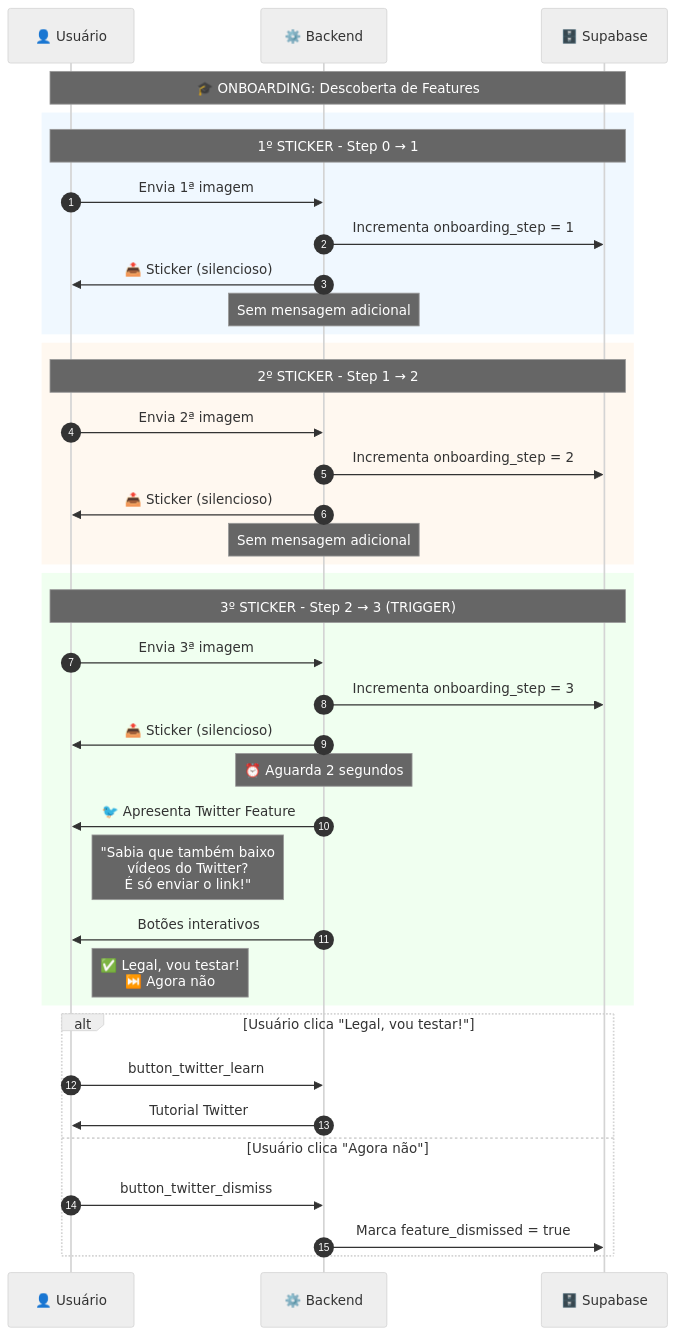
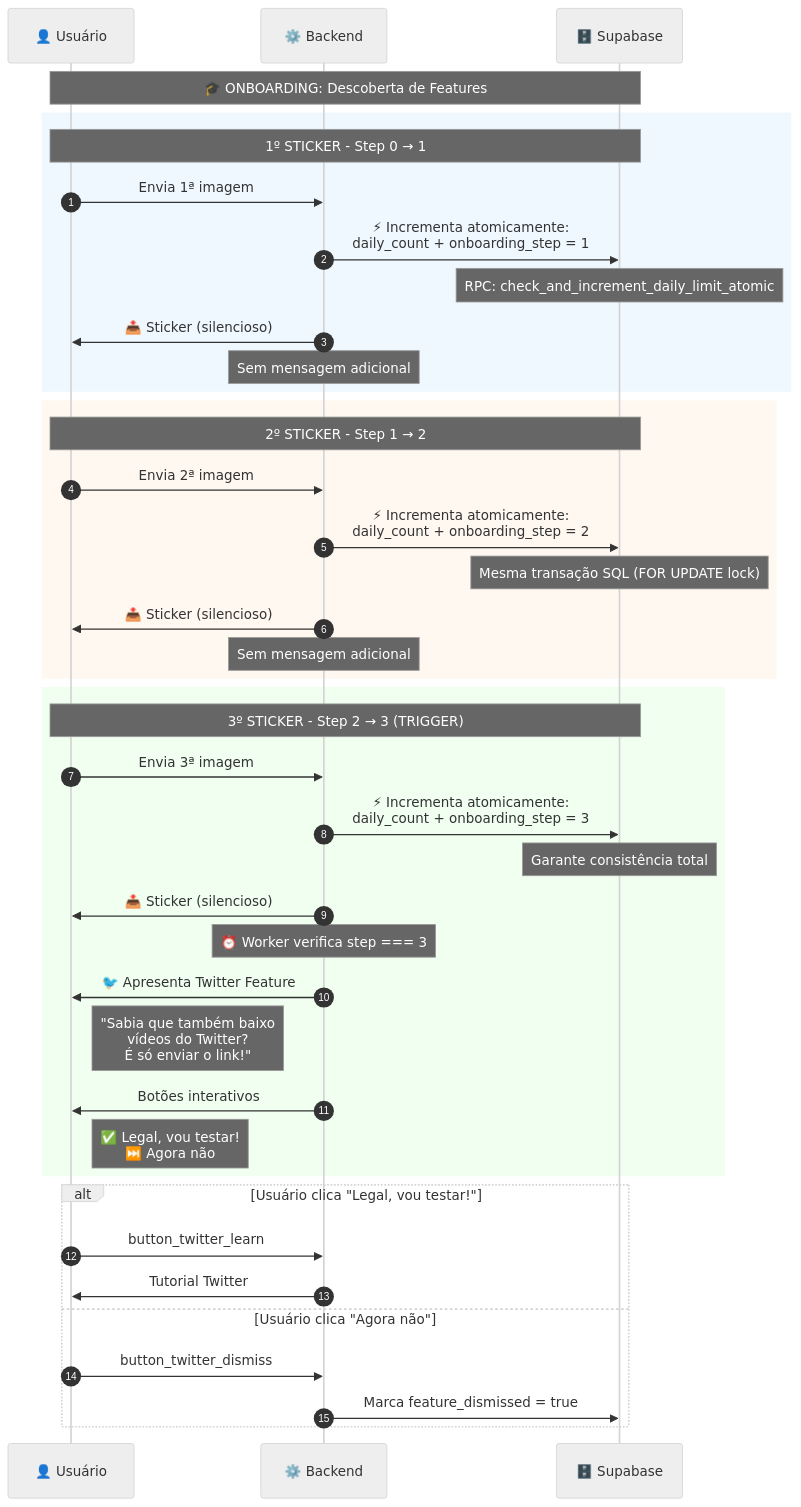
Before and after one commit to reisspaulo/sticker: the tenth of 21 diagrams in docs/architecture/FLOWCHARTS.md, drawn with Mermaid (neutral theme). The commit also changed other lines of this file and 6 other files, not shown here.

First line of the commit message:
fix: atomic onboarding update to prevent stuck users

````diff
--- a/docs/architecture/FLOWCHARTS.md
+++ b/docs/architecture/FLOWCHARTS.md
@@ -543,48 +548,51 @@
 ```mermaid
 sequenceDiagram
     autonumber
     participant U as 👤 Usuário
     participant B as ⚙️ Backend
     participant DB as 🗄️ Supabase
 
     Note over U,DB: 🎓 ONBOARDING: Descoberta de Features
 
     rect rgb(240, 248, 255)
         Note over U,DB: 1º STICKER - Step 0 → 1
         U->>B: Envia 1ª imagem
-        B->>DB: Incrementa onboarding_step = 1
+        B->>DB: ⚡ Incrementa atomicamente:<br/>daily_count + onboarding_step = 1
+        Note over DB: RPC: check_and_increment_daily_limit_atomic
         B->>U: 📤 Sticker (silencioso)
         Note over B: Sem mensagem adicional
     end
 
     rect rgb(255, 248, 240)
         Note over U,DB: 2º STICKER - Step 1 → 2
         U->>B: Envia 2ª imagem
-        B->>DB: Incrementa onboarding_step = 2
+        B->>DB: ⚡ Incrementa atomicamente:<br/>daily_count + onboarding_step = 2
+        Note over DB: Mesma transação SQL (FOR UPDATE lock)
         B->>U: 📤 Sticker (silencioso)
         Note over B: Sem mensagem adicional
     end
 
     rect rgb(240, 255, 240)
         Note over U,DB: 3º STICKER - Step 2 → 3 (TRIGGER)
         U->>B: Envia 3ª imagem
-        B->>DB: Incrementa onboarding_step = 3
+        B->>DB: ⚡ Incrementa atomicamente:<br/>daily_count + onboarding_step = 3
+        Note over DB: Garante consistência total
         B->>U: 📤 Sticker (silencioso)
 
-        Note over B: ⏰ Aguarda 2 segundos
+        Note over B: ⏰ Worker verifica step === 3
 
         B->>U: 🐦 Apresenta Twitter Feature
         Note right of U: "Sabia que também baixo<br/>vídeos do Twitter?<br/>É só enviar o link!"
 
         B->>U: Botões interativos
         Note right of U: ✅ Legal, vou testar!<br/>⏭️ Agora não
     end
 
     alt Usuário clica "Legal, vou testar!"
         U->>B: button_twitter_learn
         B->>U: Tutorial Twitter
     else Usuário clica "Agora não"
         U->>B: button_twitter_dismiss
         B->>DB: Marca feature_dismissed = true
     end
 ```
````
